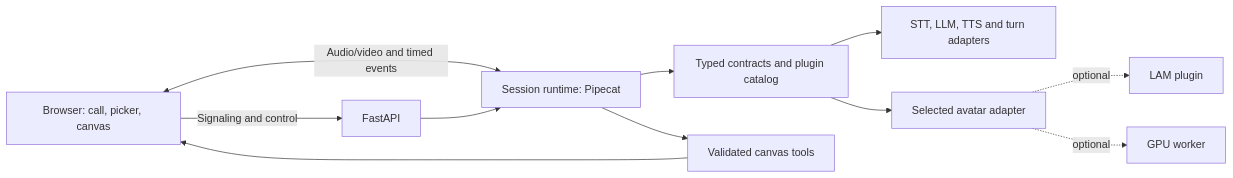
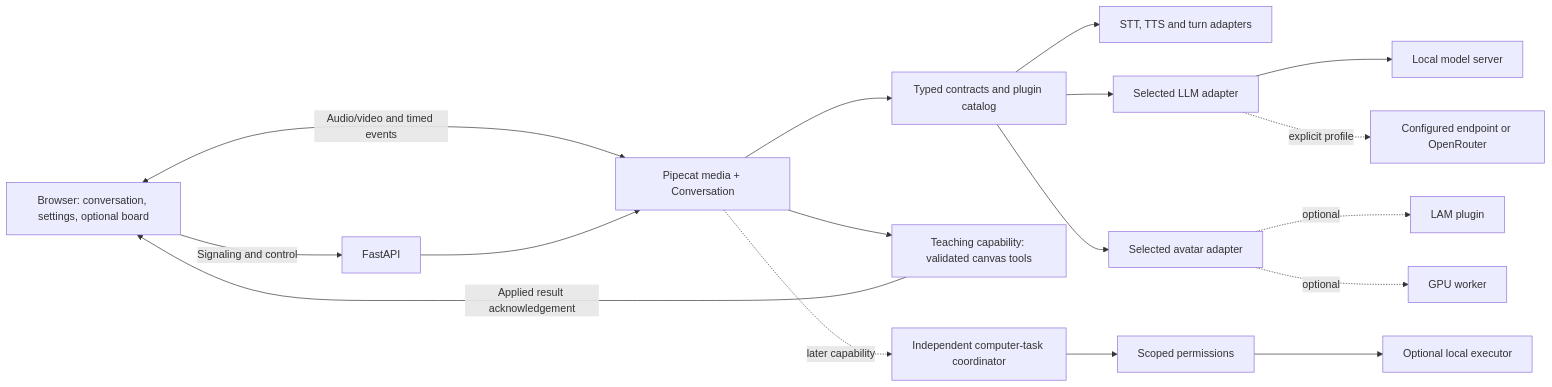
One commit to asb108/opentavus changed the diagram in docs/design.md. Above: the diagram before and after it, drawn with Mermaid. The commit also changed other lines of this file and 15 other files, not shown here.

````diff
--- a/docs/design.md
+++ b/docs/design.md
@@ -160,13 +127,19 @@
 ```mermaid
 flowchart LR
-    User[Browser: call, picker, canvas] -->|Signaling and control| API[FastAPI]
-    User <-->|Audio/video and timed events| Runtime[Session runtime: Pipecat]
+    User[Browser: conversation, settings, optional board] -->|Signaling and control| API[FastAPI]
+    User <-->|Audio/video and timed events| Runtime[Pipecat media + Conversation]
     API --> Runtime
     Runtime --> Contracts[Typed contracts and plugin catalog]
-    Contracts --> Speech[STT, LLM, TTS and turn adapters]
+    Contracts --> Speech[STT, TTS and turn adapters]
+    Contracts --> Reasoning[Selected LLM adapter]
+    Reasoning --> Local[Local model server]
+    Reasoning -. explicit profile .-> Hosted[Configured endpoint or OpenRouter]
     Contracts --> Avatar[Selected avatar adapter]
-    Runtime --> Tools[Validated canvas tools]
-    Tools --> User
+    Runtime --> Tools[Teaching capability: validated canvas tools]
+    Tools -->|Applied result acknowledgement| User
     Avatar -. optional .-> LAM[LAM plugin]
     Avatar -. optional .-> GPU[GPU worker]
+    Runtime -. later capability .-> Tasks[Independent computer-task coordinator]
+    Tasks --> Permission[Scoped permissions]
+    Permission --> Executor[Optional local executor]
 ```
````
